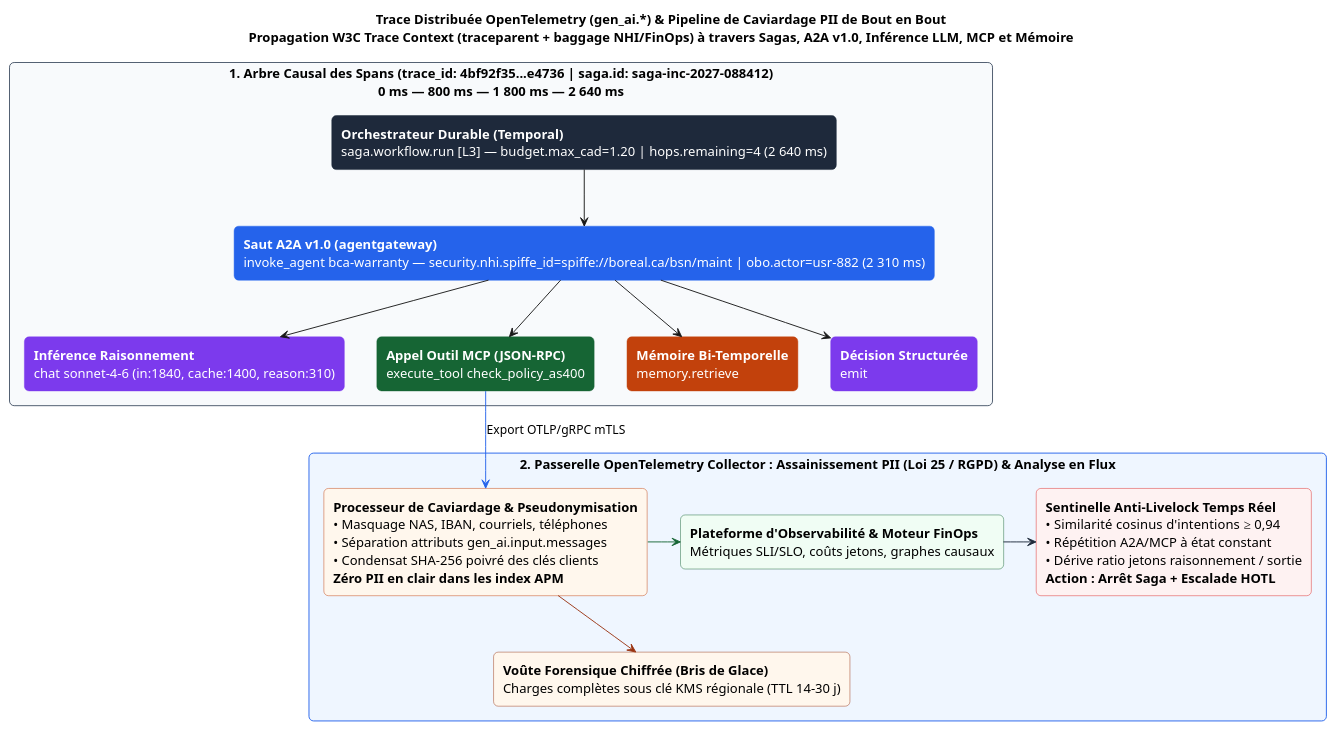
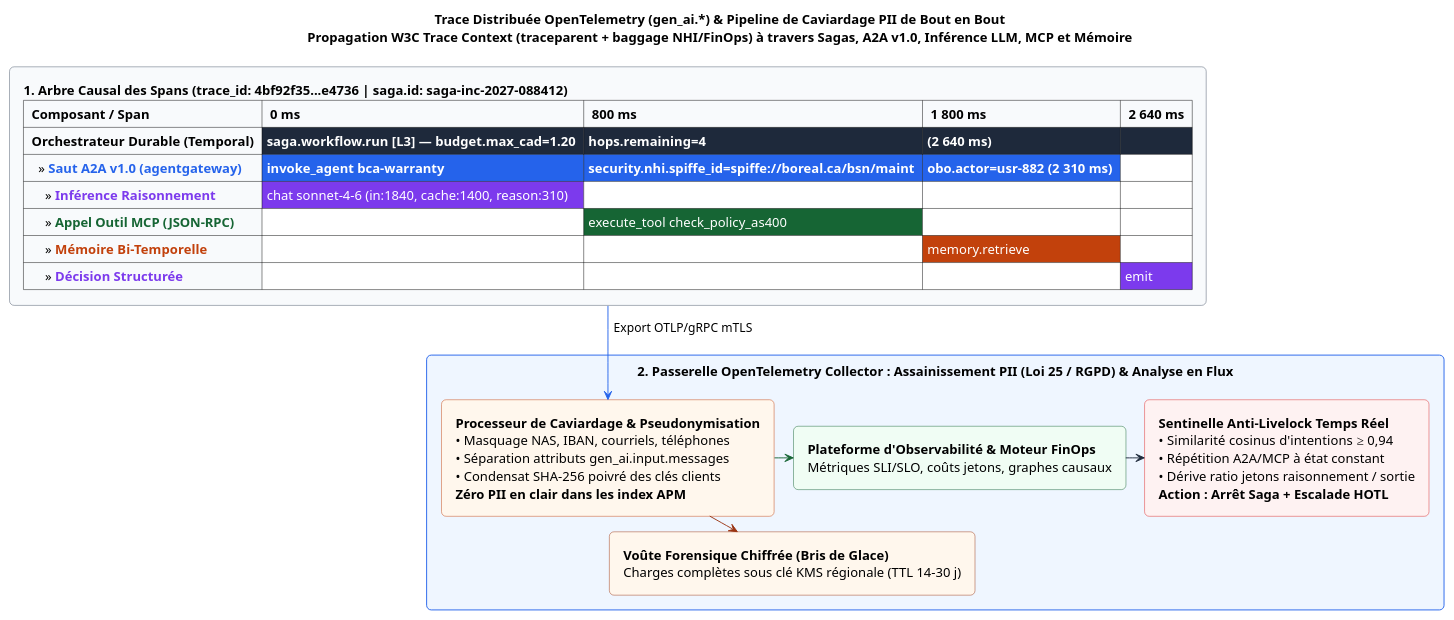
One commit to agbruneau/Agentique changed the diagram in 3 - Compendium 2027/Diagrammes/Fig-46 - Trace distribuée OpenTelemetry (gen_ai.) de bout en bout et pipeline.puml. Above: the diagram before and after it, drawn with PlantUML. The commit also changed 270 other files, not shown here.

First line of the commit message:
Audit approfondi et corrections finales Markdown et diagrammes des 6 ouvrages

```diff
--- a/3 - Compendium 2027/Diagrammes/Fig-46 - Trace distribuée OpenTelemetry (gen_ai.) de bout en bout et pipeline.puml
+++ b/3 - Compendium 2027/Diagrammes/Fig-46 - Trace distribuée OpenTelemetry (gen_ai.) de bout en bout et pipeline.puml
@@ -2,65 +2,61 @@
 @startuml
 title Trace Distribuée OpenTelemetry (gen_ai.*) & Pipeline de Caviardage PII de Bout en Bout\nPropagation W3C Trace Context (traceparent + baggage NHI/FinOps) à travers Sagas, A2A v1.0, Inférence LLM, MCP et Mémoire
 
 top to bottom direction
 skinparam shadowing false
 skinparam roundcorner 10
 skinparam defaultFontName "Segoe UI"
+skinparam Padding 5
+skinparam nodesep 20
+skinparam ranksep 16
 skinparam rectangle {
   BackgroundColor #FFFFFF
   BorderColor #334155
 }
 
-rectangle "1. Arbre Causal des Spans (trace_id: 4bf92f35...e4736 | saga.id: saga-inc-2027-088412)\n0 ms — 800 ms — 1 800 ms — 2 640 ms" as ArbreSpans #F8FAFC;line:475569 {
-  rectangle "**Orchestrateur Durable (Temporal)**\nsaga.workflow.run [L3] — budget.max_cad=1.20 | hops.remaining=4 (2 640 ms)" as Span0 #1E293B;text:FFFFFF;line:1E293B
-  rectangle "**Saut A2A v1.0 (agentgateway)**\ninvoke_agent bca-warranty — security.nhi.spiffe_id=spiffe:~//boreal.ca/bsn/maint | obo.actor=usr-882 (2 310 ms)" as Span1 #2563EB;text:FFFFFF;line:2563EB
-  rectangle "**Inférence Raisonnement**\nchat sonnet-4-6 (in:1840, cache:1400, reason:310)" as Span2 #7C3AED;text:FFFFFF;line:7C3AED
-  rectangle "**Appel Outil MCP (JSON-RPC)**\nexecute_tool check_policy_as400" as Span3 #166534;text:FFFFFF;line:166534
-  rectangle "**Mémoire Bi-Temporelle**\nmemory.retrieve" as Span4 #C2410C;text:FFFFFF;line:C2410C
-  rectangle "**Décision Structurée**\nemit" as Span5 #7C3AED;text:FFFFFF;line:7C3AED
-
-  Span0 -down-> Span1
-  Span1 -down-> Span2
-  Span1 -down-> Span3
-  Span1 -down-> Span4
-  Span1 -down-> Span5
-  Span2 -[hidden]right-> Span3
-  Span3 -[hidden]right-> Span4
-  Span4 -[hidden]right-> Span5
-}
+rectangle ArbreSpans #F8FAFC;line:475569 [
+  **1. Arbre Causal des Spans (trace_id: 4bf92f35...e4736 | saga.id: saga-inc-2027-088412)**
+  |= Composant / Span |= 0 ms |= 800 ms |= 1 800 ms |= 2 640 ms |
+  | **Orchestrateur Durable (Temporal)** | <#1E293B><color:white><b>saga.workflow.run [L3] — budget.max_cad=1.20</b></color> | <#1E293B><color:white><b>hops.remaining=4</b></color> | <#1E293B><color:white><b>(2 640 ms)</b></color> | <#1E293B> |
+  |   » **<color:#2563EB>Saut A2A v1.0 (agentgateway)</color>** | <#2563EB><color:white><b>invoke_agent bca-warranty</b></color> | <#2563EB><color:white><b>security.nhi.spiffe_id=spiffe:~//boreal.ca/bsn/maint</b></color> | <#2563EB><color:white><b>obo.actor=usr-882 (2 310 ms)</b></color> | <#FFFFFF> |
+  |     » **<color:#7C3AED>Inférence Raisonnement</color>** | <#7C3AED><color:white>chat sonnet-4-6 (in:1840, cache:1400, reason:310)</color> | <#FFFFFF> | <#FFFFFF> | <#FFFFFF> |
+  |     » **<color:#166534>Appel Outil MCP (JSON-RPC)</color>** | <#FFFFFF> | <#166534><color:white>execute_tool check_policy_as400</color> | <#FFFFFF> | <#FFFFFF> |
+  |     » **<color:#C2410C>Mémoire Bi-Temporelle</color>** | <#FFFFFF> | <#FFFFFF> | <#C2410C><color:white>memory.retrieve</color> | <#FFFFFF> |
+  |     » **<color:#7C3AED>Décision Structurée</color>** | <#FFFFFF> | <#FFFFFF> | <#FFFFFF> | <#7C3AED><color:white>emit</color> |
+]
 
 rectangle "2. Passerelle OpenTelemetry Collector : Assainissement PII (Loi 25 / RGPD) & Analyse en Flux" as Collector #EFF6FF;line:2563EB {
   rectangle Caviardage #FFF7ED;line:C2410C [
     **Processeur de Caviardage & Pseudonymisation**
     • Masquage NAS, IBAN, courriels, téléphones
     • Séparation attributs gen_ai.input.messages
     • Condensat SHA-256 poivré des clés clients
     **Zéro PII en clair dans les index APM**
   ]
 
   rectangle APM #F0FDF4;line:166534 [
     **Plateforme d'Observabilité & Moteur FinOps**
     Métriques SLI/SLO, coûts jetons, graphes causaux
   ]
 
   rectangle Voute #FFF7ED;line:9A3412 [
     **Voûte Forensique Chiffrée (Bris de Glace)**
     Charges complètes sous clé KMS régionale (TTL 14–30 j)
   ]
 
   rectangle Sentinelle #FEF2F2;line:DC2626 [
     **Sentinelle Anti-Livelock Temps Réel**
     • Similarité cosinus d'intentions ≥ 0,94
     • Répétition A2A/MCP à état constant
     • Dérive ratio jetons raisonnement / sortie
     **Action : Arrêt Saga + Escalade HOTL**
   ]
 
+  APM -[hidden]down-> Voute
   Caviardage -[#166534]right-> APM
   Caviardage -[#9A3412]right-> Voute
-  APM -[hidden]down-> Voute
   APM -[#1E293B]right-> Sentinelle
 }
 
-Span3 -[#2563EB]down-> Caviardage : Export OTLP/gRPC mTLS
+ArbreSpans -[#2563EB]down-> Caviardage : Export OTLP/gRPC mTLS
 @enduml
```
